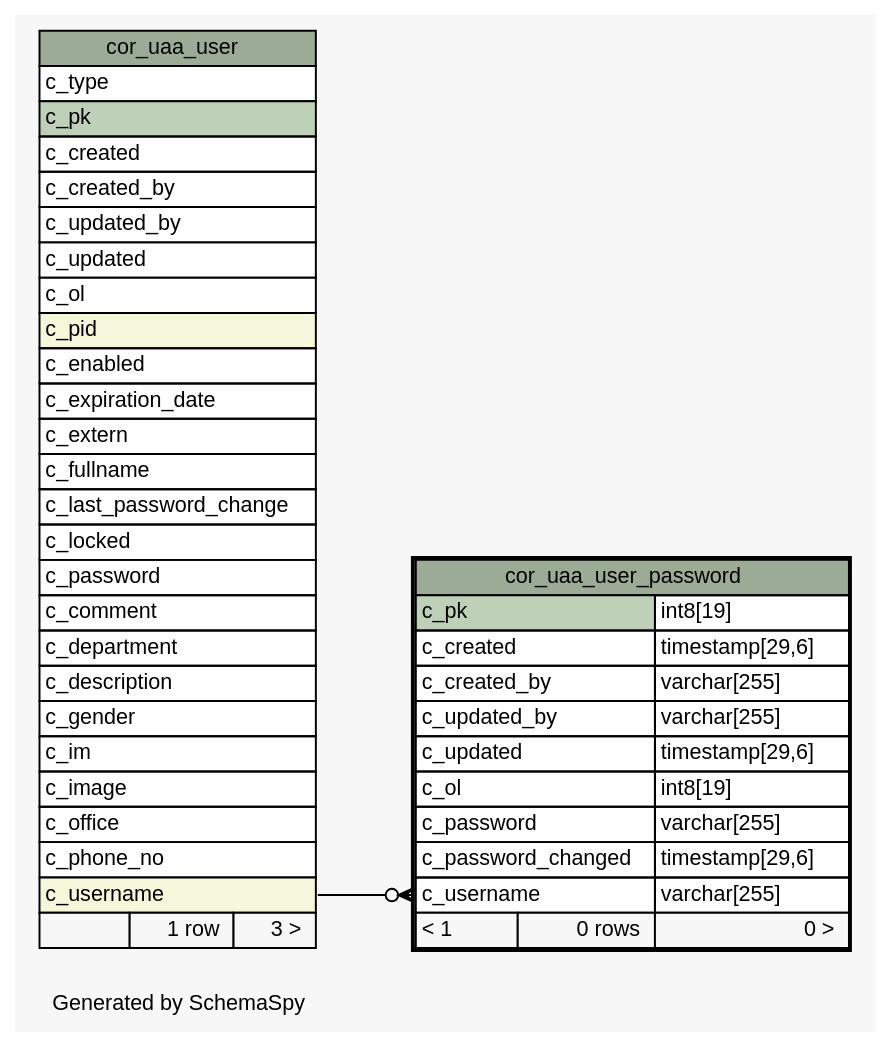
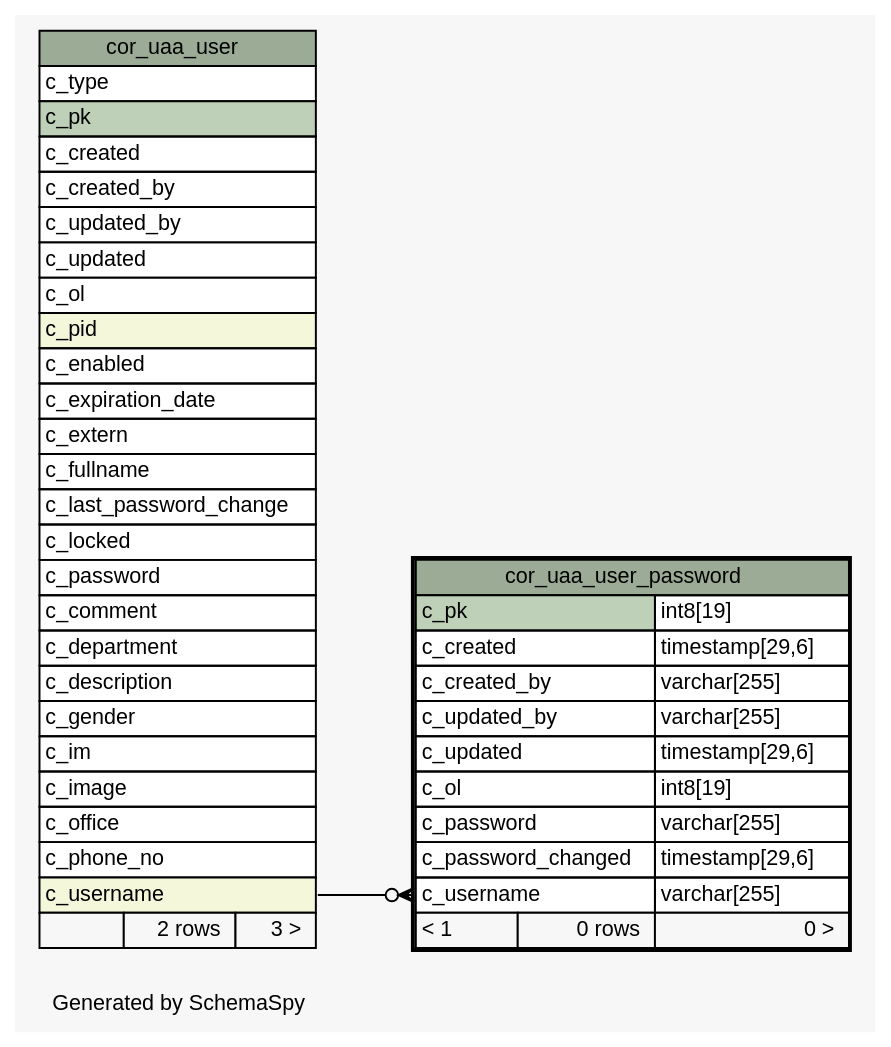
The diagram in 2.0.0-SNAPSHOT/schemaspy/diagrams/cor_uaa_user_password.1degree.dot (openwms/org.openwms.core.uaa), drawn with Graphviz before and after one commit. The commit also changed 324 other files, not shown here.

```diff
--- a/2.0.0-SNAPSHOT/schemaspy/diagrams/cor_uaa_user_password.1degree.dot
+++ b/2.0.0-SNAPSHOT/schemaspy/diagrams/cor_uaa_user_password.1degree.dot
@@ -1,74 +1,74 @@
 // dot 2.43.0 on Linux 5.15.0-1020-azure
 // SchemaSpy rev Unknown
 digraph "oneDegreeRelationshipsDiagram" {
   graph [
     rankdir="RL"
     bgcolor="#f7f7f7"
     label="\nGenerated by SchemaSpy"
     labeljust="l"
     nodesep="0.18"
     ranksep="0.46"
     fontname="Helvetica"
     fontsize="11"
   ];
   node [
     fontname="Helvetica"
     fontsize="11"
     shape="plaintext"
   ];
   edge [
     arrowsize="0.8"
   ];
   "cor_uaa_user_password":"c_username":w -> "cor_uaa_user":"c_username":e [arrowhead=none dir=back arrowtail=crowodot];
   "cor_uaa_user" [
     label=<
     <TABLE BORDER="0" CELLBORDER="1" CELLSPACING="0" BGCOLOR="#ffffff">
       <TR><TD COLSPAN="3" BGCOLOR="#9bab96" ALIGN="CENTER">cor_uaa_user</TD></TR>
       <TR><TD PORT="c_type" COLSPAN="3" ALIGN="LEFT">c_type</TD></TR>
       <TR><TD PORT="c_pk" COLSPAN="3" BGCOLOR="#bed1b8" ALIGN="LEFT">c_pk</TD></TR>
       <TR><TD PORT="c_created" COLSPAN="3" ALIGN="LEFT">c_created</TD></TR>
       <TR><TD PORT="c_created_by" COLSPAN="3" ALIGN="LEFT">c_created_by</TD></TR>
       <TR><TD PORT="c_updated_by" COLSPAN="3" ALIGN="LEFT">c_updated_by</TD></TR>
       <TR><TD PORT="c_updated" COLSPAN="3" ALIGN="LEFT">c_updated</TD></TR>
       <TR><TD PORT="c_ol" COLSPAN="3" ALIGN="LEFT">c_ol</TD></TR>
       <TR><TD PORT="c_pid" COLSPAN="3" BGCOLOR="#f4f7da" ALIGN="LEFT">c_pid</TD></TR>
       <TR><TD PORT="c_enabled" COLSPAN="3" ALIGN="LEFT">c_enabled</TD></TR>
       <TR><TD PORT="c_expiration_date" COLSPAN="3" ALIGN="LEFT">c_expiration_date</TD></TR>
       <TR><TD PORT="c_extern" COLSPAN="3" ALIGN="LEFT">c_extern</TD></TR>
       <TR><TD PORT="c_fullname" COLSPAN="3" ALIGN="LEFT">c_fullname</TD></TR>
       <TR><TD PORT="c_last_password_change" COLSPAN="3" ALIGN="LEFT">c_last_password_change</TD></TR>
       <TR><TD PORT="c_locked" COLSPAN="3" ALIGN="LEFT">c_locked</TD></TR>
       <TR><TD PORT="c_password" COLSPAN="3" ALIGN="LEFT">c_password</TD></TR>
       <TR><TD PORT="c_comment" COLSPAN="3" ALIGN="LEFT">c_comment</TD></TR>
       <TR><TD PORT="c_department" COLSPAN="3" ALIGN="LEFT">c_department</TD></TR>
       <TR><TD PORT="c_description" COLSPAN="3" ALIGN="LEFT">c_description</TD></TR>
       <TR><TD PORT="c_gender" COLSPAN="3" ALIGN="LEFT">c_gender</TD></TR>
       <TR><TD PORT="c_im" COLSPAN="3" ALIGN="LEFT">c_im</TD></TR>
       <TR><TD PORT="c_image" COLSPAN="3" ALIGN="LEFT">c_image</TD></TR>
       <TR><TD PORT="c_office" COLSPAN="3" ALIGN="LEFT">c_office</TD></TR>
       <TR><TD PORT="c_phone_no" COLSPAN="3" ALIGN="LEFT">c_phone_no</TD></TR>
       <TR><TD PORT="c_username" COLSPAN="3" BGCOLOR="#f4f7da" ALIGN="LEFT">c_username</TD></TR>
-      <TR><TD ALIGN="LEFT" BGCOLOR="#f7f7f7">  </TD><TD ALIGN="RIGHT" BGCOLOR="#f7f7f7">1 row</TD><TD ALIGN="RIGHT" BGCOLOR="#f7f7f7">3 &gt;</TD></TR>
+      <TR><TD ALIGN="LEFT" BGCOLOR="#f7f7f7">  </TD><TD ALIGN="RIGHT" BGCOLOR="#f7f7f7">2 rows</TD><TD ALIGN="RIGHT" BGCOLOR="#f7f7f7">3 &gt;</TD></TR>
     </TABLE>>
     URL="cor_uaa_user.html"
     tooltip="cor_uaa_user"
   ];
   "cor_uaa_user_password" [
     label=<
     <TABLE BORDER="2" CELLBORDER="1" CELLSPACING="0" BGCOLOR="#ffffff">
       <TR><TD COLSPAN="3" BGCOLOR="#9bab96" ALIGN="CENTER">cor_uaa_user_password</TD></TR>
       <TR><TD PORT="c_pk" COLSPAN="2" BGCOLOR="#bed1b8" ALIGN="LEFT">c_pk</TD><TD PORT="c_pk.type" ALIGN="LEFT">int8[19]</TD></TR>
       <TR><TD PORT="c_created" COLSPAN="2" ALIGN="LEFT">c_created</TD><TD PORT="c_created.type" ALIGN="LEFT">timestamp[29,6]</TD></TR>
       <TR><TD PORT="c_created_by" COLSPAN="2" ALIGN="LEFT">c_created_by</TD><TD PORT="c_created_by.type" ALIGN="LEFT">varchar[255]</TD></TR>
       <TR><TD PORT="c_updated_by" COLSPAN="2" ALIGN="LEFT">c_updated_by</TD><TD PORT="c_updated_by.type" ALIGN="LEFT">varchar[255]</TD></TR>
       <TR><TD PORT="c_updated" COLSPAN="2" ALIGN="LEFT">c_updated</TD><TD PORT="c_updated.type" ALIGN="LEFT">timestamp[29,6]</TD></TR>
       <TR><TD PORT="c_ol" COLSPAN="2" ALIGN="LEFT">c_ol</TD><TD PORT="c_ol.type" ALIGN="LEFT">int8[19]</TD></TR>
       <TR><TD PORT="c_password" COLSPAN="2" ALIGN="LEFT">c_password</TD><TD PORT="c_password.type" ALIGN="LEFT">varchar[255]</TD></TR>
       <TR><TD PORT="c_password_changed" COLSPAN="2" ALIGN="LEFT">c_password_changed</TD><TD PORT="c_password_changed.type" ALIGN="LEFT">timestamp[29,6]</TD></TR>
       <TR><TD PORT="c_username" COLSPAN="2" ALIGN="LEFT">c_username</TD><TD PORT="c_username.type" ALIGN="LEFT">varchar[255]</TD></TR>
       <TR><TD ALIGN="LEFT" BGCOLOR="#f7f7f7">&lt; 1</TD><TD ALIGN="RIGHT" BGCOLOR="#f7f7f7">0 rows</TD><TD ALIGN="RIGHT" BGCOLOR="#f7f7f7">0 &gt;</TD></TR>
     </TABLE>>
     URL="cor_uaa_user_password.html"
     tooltip="cor_uaa_user_password"
   ];
 }
```
